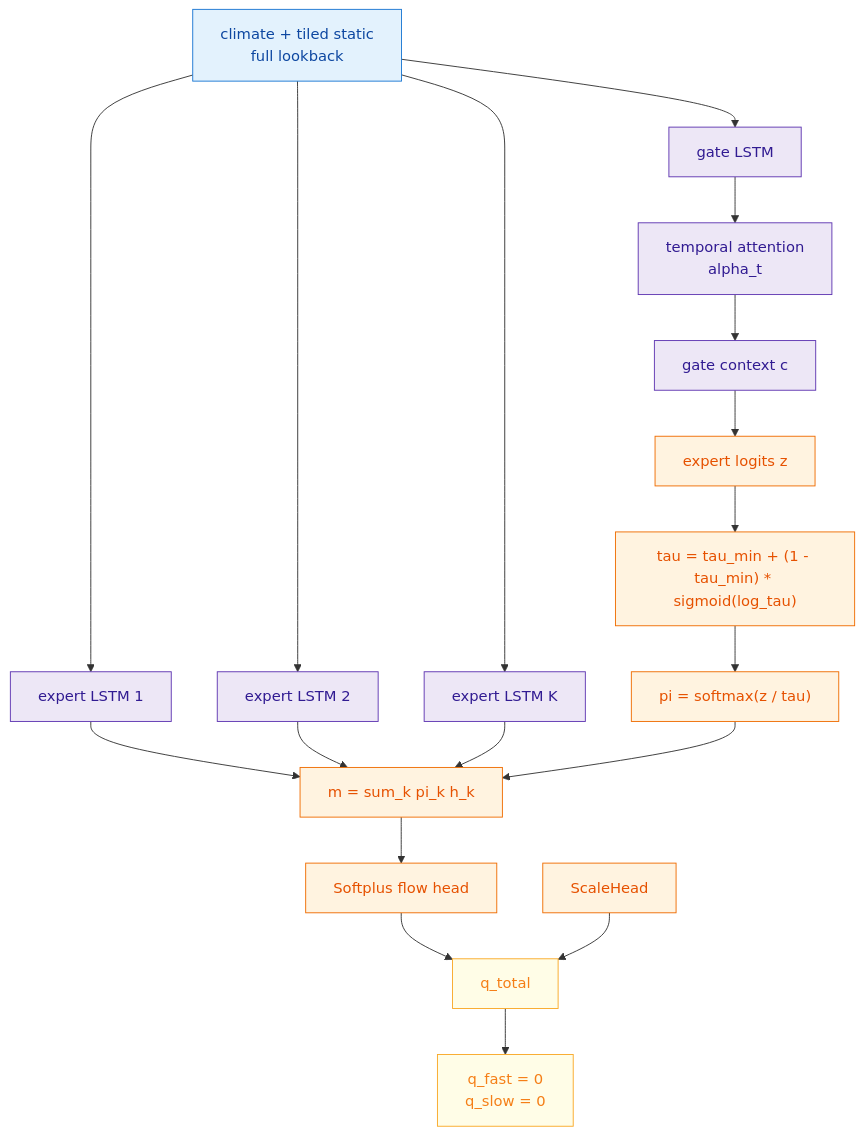
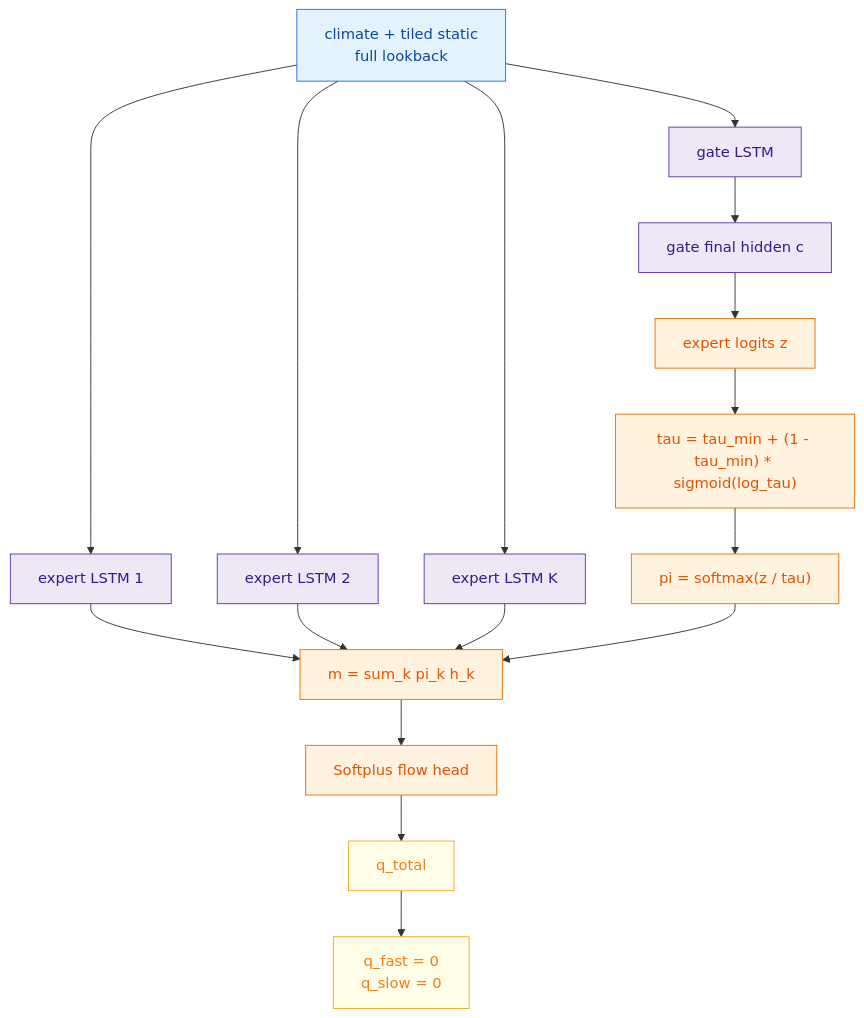
Before and after one commit to wyattarnold/neuralhyd-ca: the sixth of 6 diagrams in docs/models/lstm.md, drawn with Mermaid. The commit also changed other lines of this file and 1041 other files, not shown here.

````diff
--- a/docs/models/lstm.md
+++ b/docs/models/lstm.md
@@ -375,35 +375,32 @@
 ```mermaid
 flowchart TD
     X["climate + tiled static<br/>full lookback"]:::input
     E1["expert LSTM 1"]:::seq
     E2["expert LSTM 2"]:::seq
     E3["expert LSTM K"]:::seq
     GateLSTM["gate LSTM"]:::seq
-    TimeAttn["temporal attention<br/>alpha_t"]:::seq
-    Context["gate context c"]:::seq
+    Context["gate final hidden c"]:::seq
     Logits["expert logits z"]:::head
     Tau["tau = tau_min + (1 - tau_min) * sigmoid(log_tau)"]:::head
     Pi["pi = softmax(z / tau)"]:::head
     Mix["m = sum_k pi_k h_k"]:::head
     Head["Softplus flow head"]:::head
-    Scale["ScaleHead"]:::head
     Q["q_total"]:::output
     Zeros["q_fast = 0<br/>q_slow = 0"]:::output
 
     X --> E1
     X --> E2
     X --> E3
-    X --> GateLSTM --> TimeAttn --> Context --> Logits --> Tau --> Pi
+    X --> GateLSTM --> Context --> Logits --> Tau --> Pi
     E1 --> Mix
     E2 --> Mix
     E3 --> Mix
     Pi --> Mix
     Mix --> Head --> Q
-    Scale --> Q
     Q --> Zeros
 
     classDef input fill:#e3f2fd,stroke:#1976d2,color:#0d47a1
     classDef seq fill:#ede7f6,stroke:#5e35b1,color:#311b92
     classDef head fill:#fff3e0,stroke:#ef6c00,color:#e65100
     classDef output fill:#fffde7,stroke:#f9a825,color:#f57f17
 ```
````
